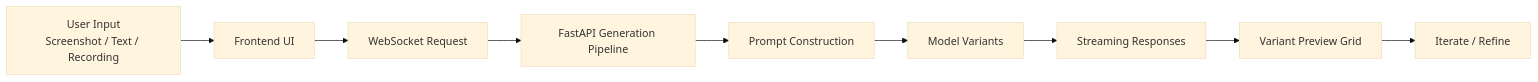
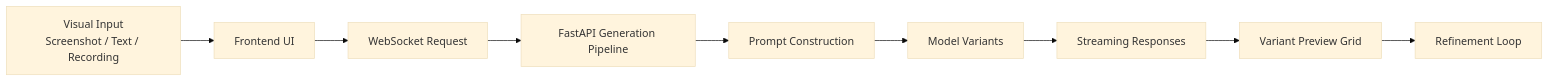
Before and after one commit to sethswango/vuhl-ui-forge: the first of 4 diagrams in README.md, drawn with Mermaid (base theme). The commit also changed other lines of this file, not shown here.

Commit message:
fix: enhance README with architecture diagrams and streaming explanation

````diff
--- a/README.md
+++ b/README.md
@@ -158,11 +98,11 @@
 ```mermaid
 flowchart LR
-    A[User Input<br/>Screenshot / Text / Recording] --> B[Frontend UI]
+    A[Visual Input<br/>Screenshot / Text / Recording] --> B[Frontend UI]
     B --> C[WebSocket Request]
     C --> D[FastAPI Generation Pipeline]
     D --> E[Prompt Construction]
     E --> F[Model Variants]
     F --> G[Streaming Responses]
     G --> H[Variant Preview Grid]
-    H --> I[Iterate / Refine]
+    H --> I[Refinement Loop]
 ```
````
